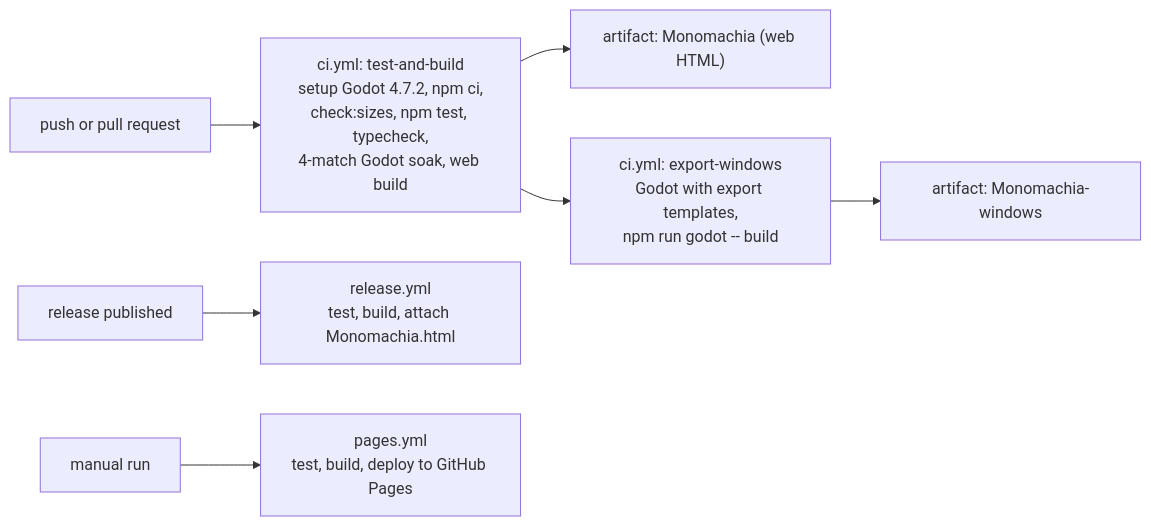
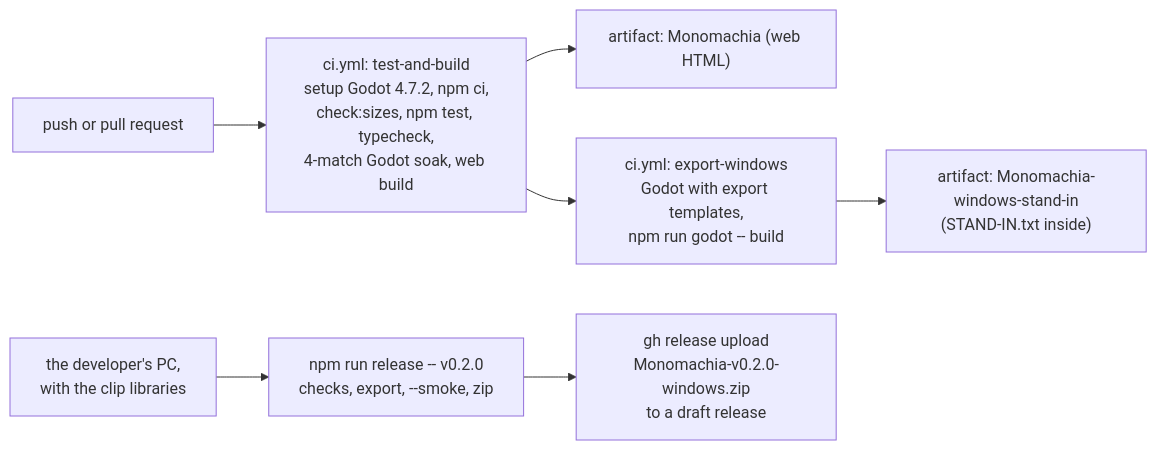
Before and after one commit to Arod231/monomachia: diagram 21 of 22 in docs/architecture.md, drawn with Mermaid. The commit also changed other lines of this file and 11 other files, not shown here.

First line of the commit message:
Release from the PC with npm run release; drop Pages and the web release (25.5)

````diff
--- a/docs/architecture.md
+++ b/docs/architecture.md
@@ -984,9 +985,9 @@
 ```mermaid
 flowchart LR
     PUSH["push or pull request"] --> CI1["ci.yml: test-and-build<br/>setup Godot 4.7.2, npm ci,<br/>check:sizes, npm test, typecheck,<br/>4-match Godot soak, web build"]
     CI1 --> ART1["artifact: Monomachia (web HTML)"]
     CI1 --> CI2["ci.yml: export-windows<br/>Godot with export templates,<br/>npm run godot -- build"]
-    CI2 --> ART2["artifact: Monomachia-windows"]
-    REL["release published"] --> R1["release.yml<br/>test, build, attach Monomachia.html"]
-    MAN["manual run"] --> P1["pages.yml<br/>test, build, deploy to GitHub Pages"]
+    CI2 --> ART2["artifact: Monomachia-windows-stand-in<br/>(STAND-IN.txt inside)"]
+    PC["the developer's PC,<br/>with the clip libraries"] --> R1["npm run release -- v0.2.0<br/>checks, export, --smoke, zip"]
+    R1 --> R2["gh release upload<br/>Monomachia-v0.2.0-windows.zip<br/>to a draft release"]
 ```
````
